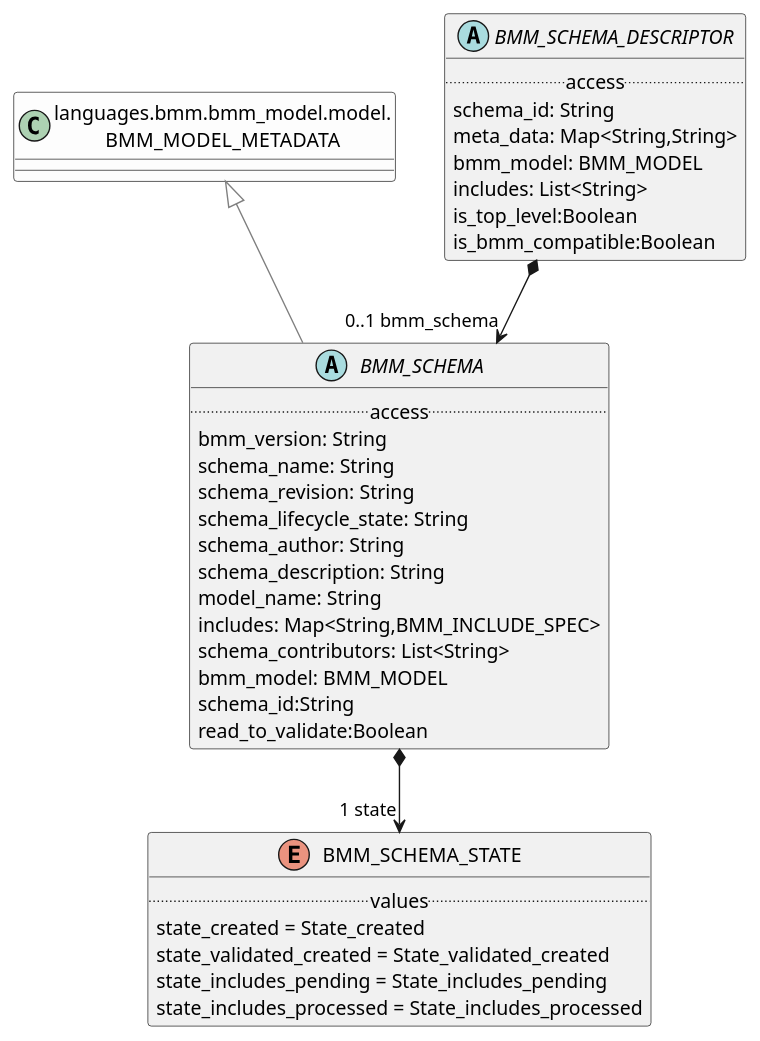
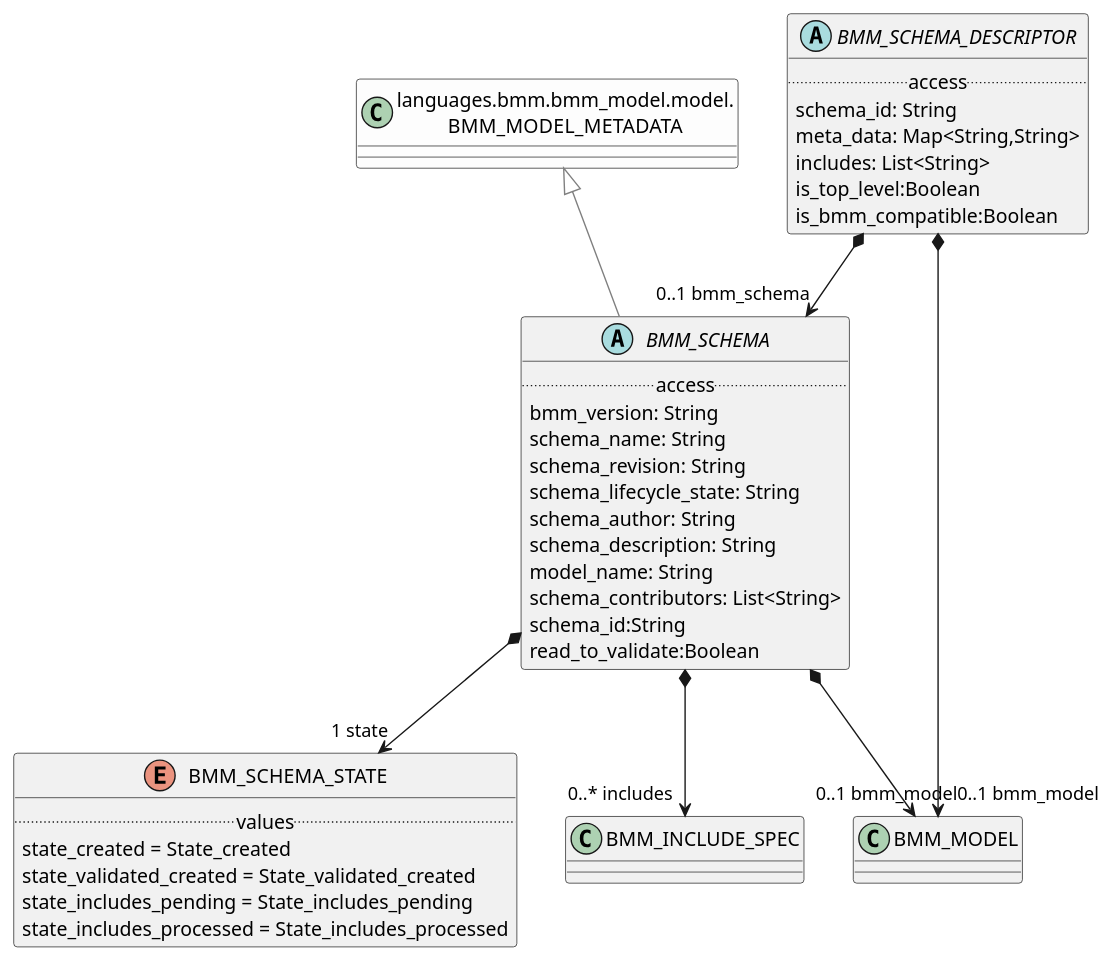
The diagram in modules/ROOT/examples/bmm/languages/bmm/bmm_model/schema/schema-package-uml.adoc (wolandscat/openehr-doc), drawn with PlantUML before and after one commit. The commit also changed 30 other files, not shown here.

```diff
--- a/modules/ROOT/examples/bmm/languages/bmm/bmm_model/schema/schema-package-uml.adoc
+++ b/modules/ROOT/examples/bmm/languages/bmm/bmm_model/schema/schema-package-uml.adoc
@@ -3,51 +3,54 @@
 [plantuml,opts=interactive,link=self]
 ....
 skinparam groupInheritance 2
 skinparam citedClassColor #FDFDFD
 
 
 abstract class BMM_SCHEMA [[/openehr-doc/latest/languages/bmm-gen.html#_class_bmm_schema]] {
         .. access ..
         bmm_version: String
         schema_name: String
         schema_revision: String
         schema_lifecycle_state: String
         schema_author: String
         schema_description: String
         model_name: String
-        includes: Map<String,BMM_INCLUDE_SPEC>
         schema_contributors: List<String>
-        bmm_model: BMM_MODEL
         schema_id:String
         read_to_validate:Boolean
 }
 
 BMM_SCHEMA -[#gray]up-|> BMM_MODEL_METADATA  
 
 
 BMM_SCHEMA *--> "1 state" BMM_SCHEMA_STATE
 
+BMM_SCHEMA *--> "0..* includes" BMM_INCLUDE_SPEC
+
+BMM_SCHEMA *--> "0..1 bmm_model" BMM_MODEL
+
 abstract class BMM_SCHEMA_DESCRIPTOR [[/openehr-doc/latest/languages/bmm-gen.html#_class_bmm_schema_descriptor]] {
         .. access ..
         schema_id: String
         meta_data: Map<String,String>
-        bmm_model: BMM_MODEL
         includes: List<String>
         is_top_level:Boolean
         is_bmm_compatible:Boolean
 }
 
 
 BMM_SCHEMA_DESCRIPTOR *--> "0..1 bmm_schema" BMM_SCHEMA
+
+BMM_SCHEMA_DESCRIPTOR *--> "0..1 bmm_model" BMM_MODEL
 
 enum BMM_SCHEMA_STATE [[/openehr-doc/latest/languages/bmm-gen.html#_class_bmm_schema_state]] {
         .. values ..
         state_created = State_created
         state_validated_created = State_validated_created
         state_includes_pending = State_includes_pending
         state_includes_processed = State_includes_processed
 }
 class "languages.bmm.bmm_model.model.\nBMM_MODEL_METADATA" as BMM_MODEL_METADATA  [[/openehr-doc/latest/languages/bmm-gen.html#_class_bmm_model_metadata]] #FDFDFD {
 }
 
 ....
```
